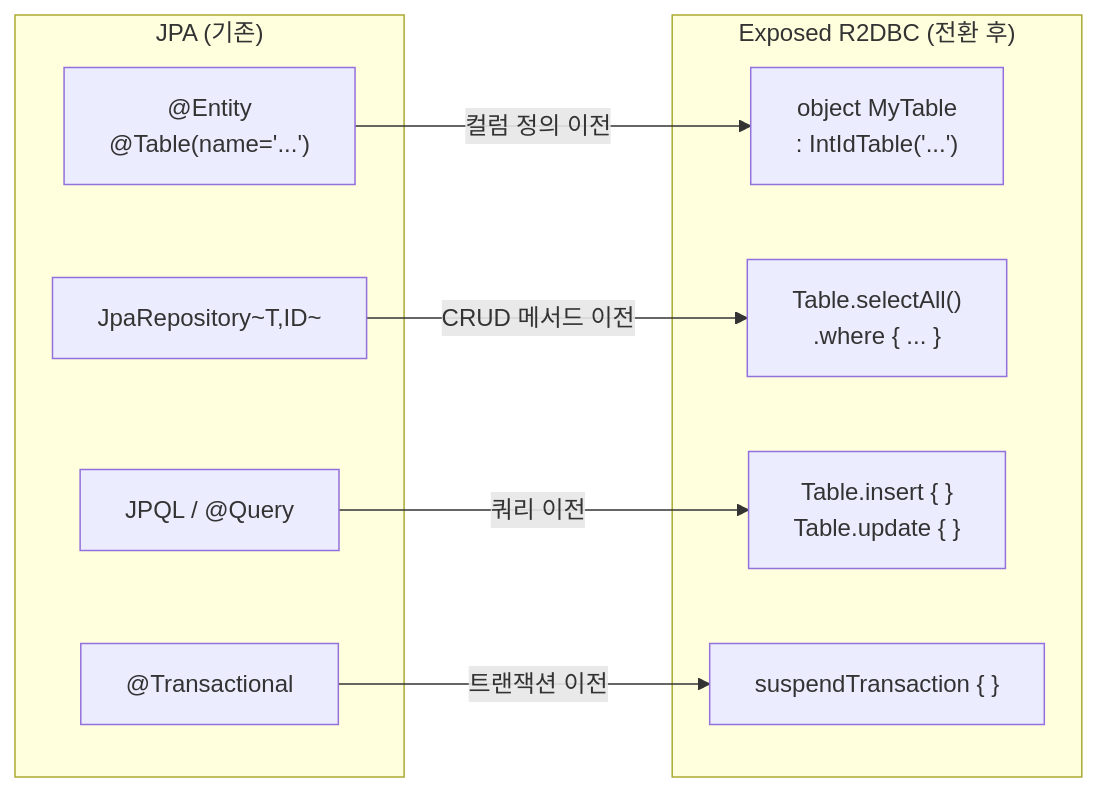
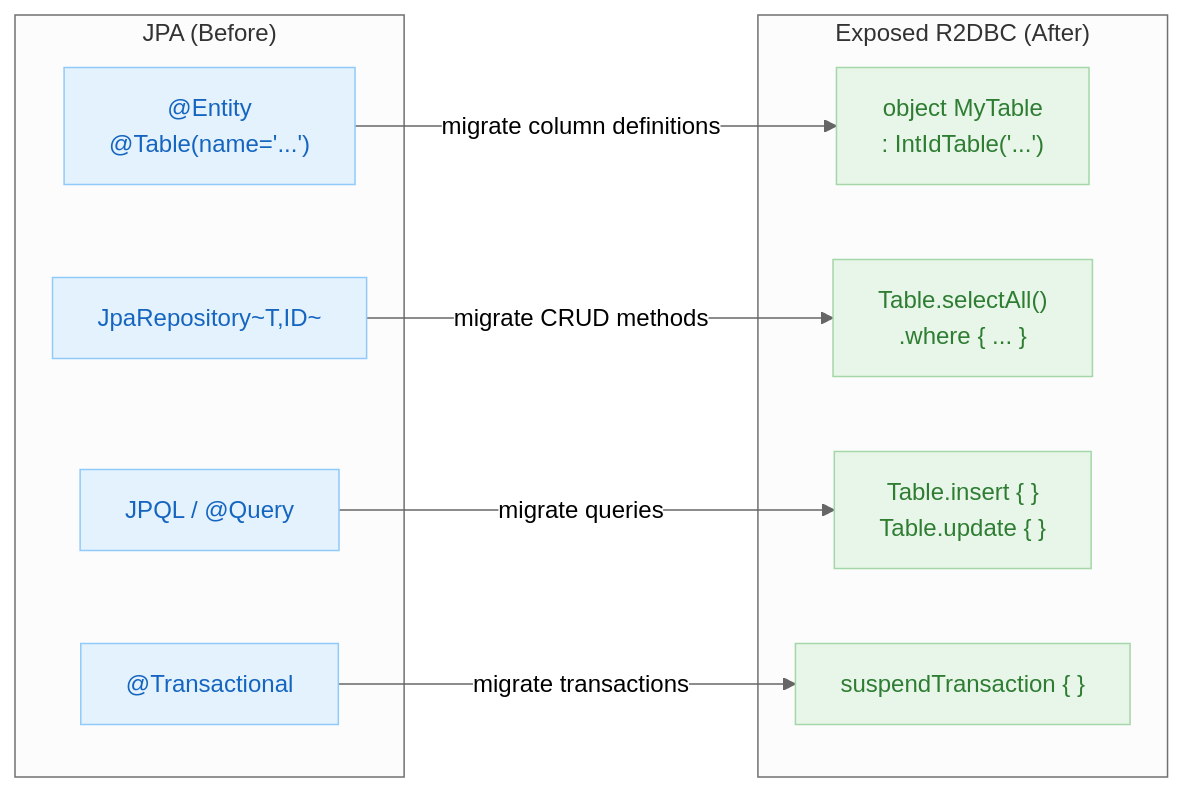
One commit to bluetape4k/exposed-r2dbc-workshop changed the first of 3 diagrams in 07-jpa-convert/01-convert-jpa-basic/README.md. Above: the diagram before and after it, drawn with Mermaid. The commit also changed other lines of this file and 63 other files, not shown here.

First line of the commit message:
docs: 전 모듈 README Mermaid UML 추가 및 영/한 이중화

````diff
--- a/07-jpa-convert/01-convert-jpa-basic/README.md
+++ b/07-jpa-convert/01-convert-jpa-basic/README.md
@@ -18,20 +19,26 @@
 ```mermaid
+%%{init: {"theme": "neutral"}}%%
 flowchart LR
-    subgraph JPA ["JPA (기존)"]
+    subgraph JPA ["JPA (Before)"]
         JE["@Entity\n@Table(name='...')"]
         JR["JpaRepository~T,ID~"]
         JQ["JPQL / @Query"]
         JT["@Transactional"]
     end
-    subgraph Exposed ["Exposed R2DBC (전환 후)"]
+    subgraph Exposed ["Exposed R2DBC (After)"]
         ET["object MyTable\n: IntIdTable('...')"]
         EQ["Table.selectAll()\n.where { ... }"]
         EC["Table.insert { }\nTable.update { }"]
         EST["suspendTransaction { }"]
     end
 
-    JE -->|"컬럼 정의 이전"| ET
-    JR -->|"CRUD 메서드 이전"| EQ
-    JQ -->|"쿼리 이전"| EC
-    JT -->|"트랜잭션 이전"| EST
+    JE -->|"migrate column definitions"| ET
+    JR -->|"migrate CRUD methods"| EQ
+    JQ -->|"migrate queries"| EC
+    JT -->|"migrate transactions"| EST
+
+    classDef blue   fill:#E3F2FD,stroke:#90CAF9,color:#1565C0
+    classDef green  fill:#E8F5E9,stroke:#A5D6A7,color:#2E7D32
+    class JE,JR,JQ,JT blue
+    class ET,EQ,EC,EST green
 ```
````
